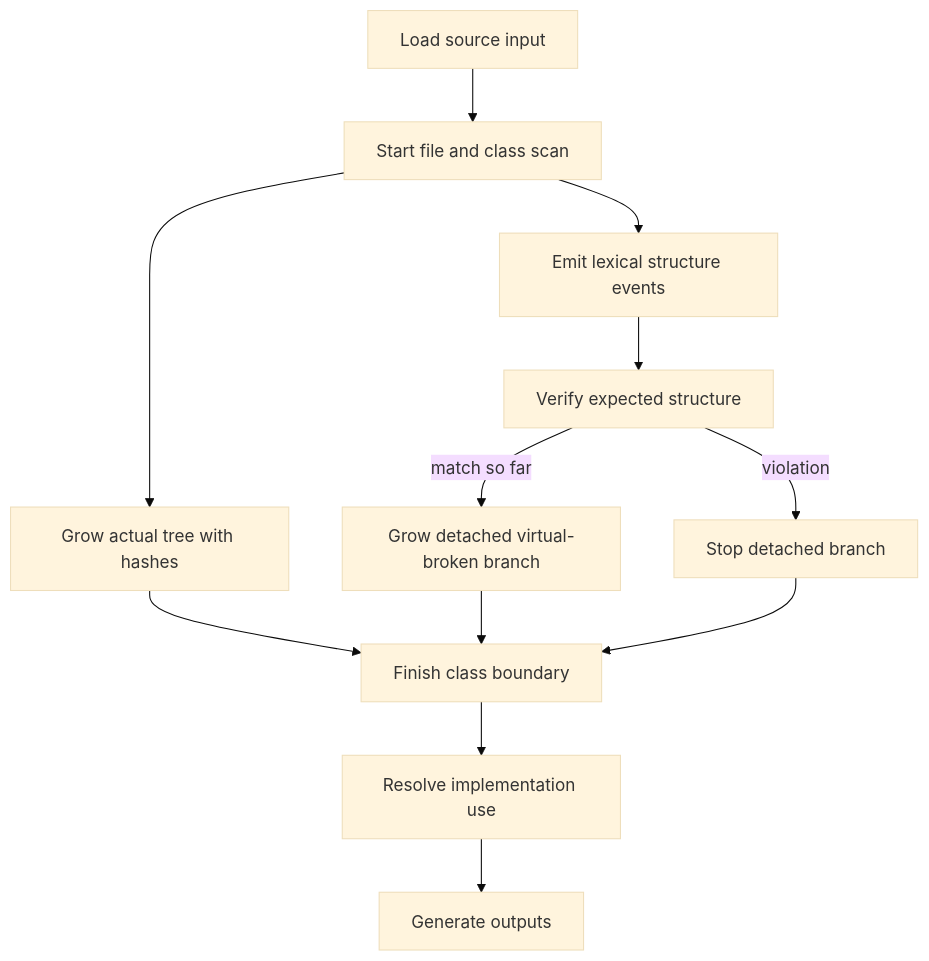
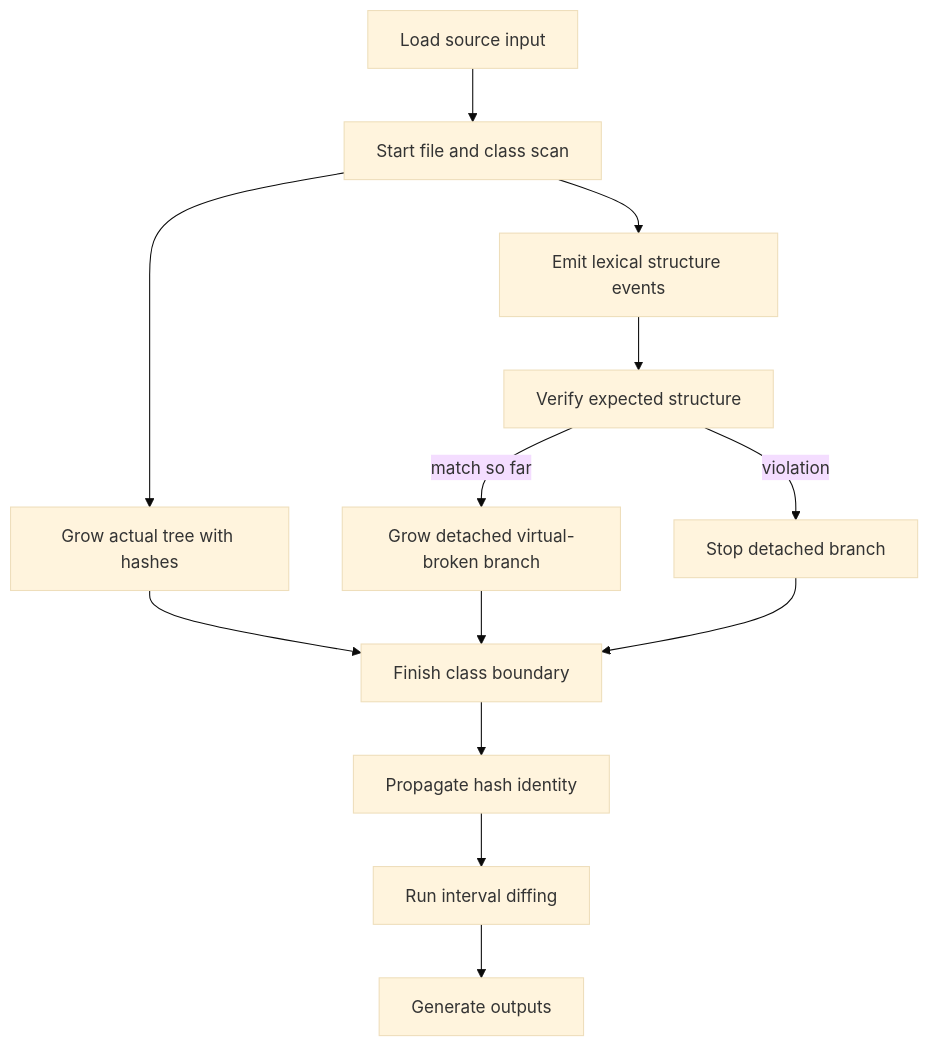
The first of 2 diagrams in docs/Codebase/Microservice/Modules/Source/main.cpp.md (JohnAndrewBalbarosa/NeoTerritory), drawn with Mermaid (base theme) before and after one commit. The commit also changed other lines of this file and 23 other files, not shown here.

````diff
--- a/docs/Codebase/Microservice/Modules/Source/main.cpp.md
+++ b/docs/Codebase/Microservice/Modules/Source/main.cpp.md
@@ -28,19 +30,20 @@
 ```mermaid
 flowchart TD
     N0["Load source input"]
     N1["Start file and class scan"]
     N2["Emit lexical structure events"]
     N3["Grow actual tree with hashes"]
     N4["Verify expected structure"]
     N5["Grow detached virtual-broken branch"]
     N6["Stop detached branch"]
     N7["Finish class boundary"]
-    N8["Resolve implementation use"]
-    N9["Generate outputs"]
+    N8["Propagate hash identity"]
+    N9["Run interval diffing"]
+    N10["Generate outputs"]
     N0 --> N1
     N1 --> N2 --> N4
     N1 --> N3 --> N7
     N4 -->|match so far| N5 --> N7
     N4 -->|violation| N6 --> N7
-    N7 --> N8 --> N9
+    N7 --> N8 --> N9 --> N10
 ```
````
